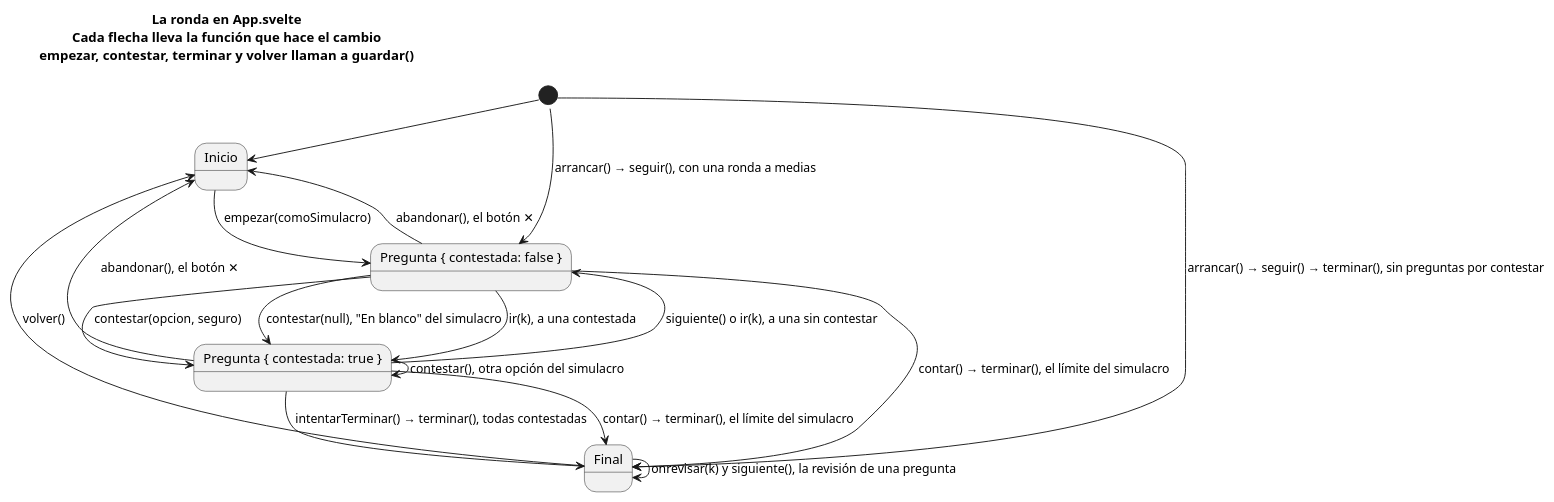
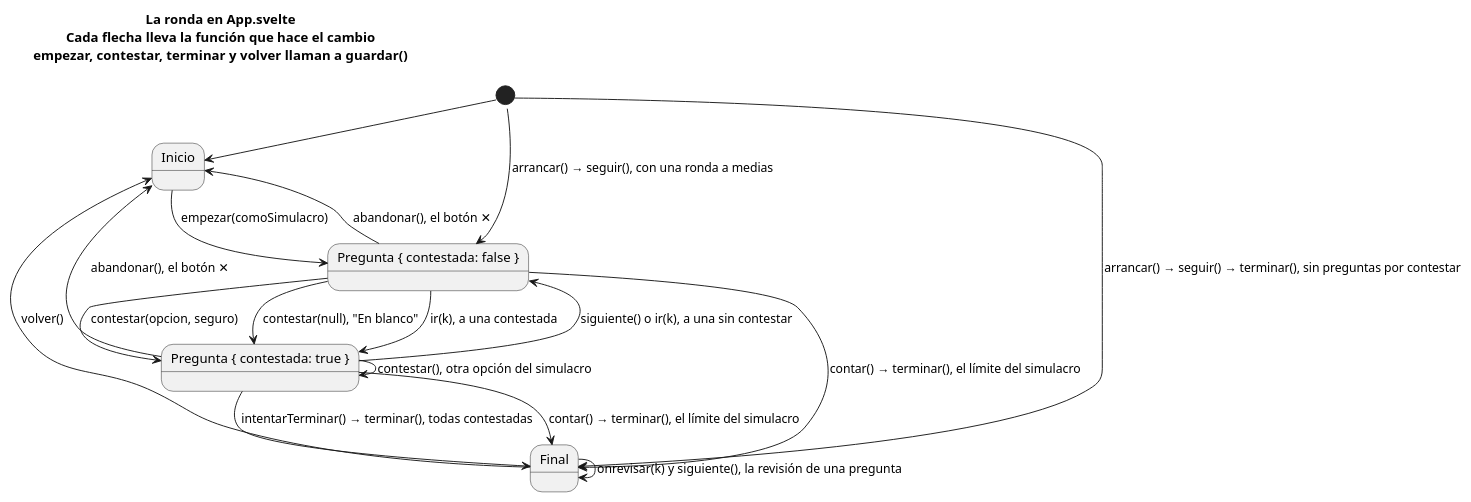
Before and after one commit to jfdg01/examenes: the diagram in docs/diagramas/ronda.puml, drawn with PlantUML. The commit also changed 1 other file, not shown here.

Commit message:
feat: la sesión de test lleva el botón «En blanco», como el simulacro
Un acierto al azar con «dudo» es Hard. «En blanco» da un Again a una pregunta que no sabes.

Claude-Session: https://claude.ai/code/session_01H2CpDfyjitmZvv17wH59U1

```diff
--- a/docs/diagramas/ronda.puml
+++ b/docs/diagramas/ronda.puml
@@ -1,27 +1,27 @@
 @startuml ronda
 !pragma layout smetana
 skinparam shadowing false
 title La ronda en App.svelte\nCada flecha lleva la función que hace el cambio\nempezar, contestar, terminar y volver llaman a guardar()
 
 state Inicio
 state "Pregunta { contestada: false }" as SinContestar
 state "Pregunta { contestada: true }" as Contestada
 state Final
 
 [*] --> Inicio
 [*] --> SinContestar : arrancar() → seguir(), con una ronda a medias
 [*] --> Final : arrancar() → seguir() → terminar(), sin preguntas por contestar
 Inicio --> SinContestar : empezar(comoSimulacro)
 SinContestar --> Contestada : contestar(opcion, seguro)
-SinContestar --> Contestada : contestar(null), "En blanco" del simulacro
+SinContestar --> Contestada : contestar(null), "En blanco"
 Contestada --> Contestada : contestar(), otra opción del simulacro
 Contestada --> SinContestar : siguiente() o ir(k), a una sin contestar
 SinContestar --> Contestada : ir(k), a una contestada
 Contestada --> Final : intentarTerminar() → terminar(), todas contestadas
 SinContestar --> Final : contar() → terminar(), el límite del simulacro
 Contestada --> Final : contar() → terminar(), el límite del simulacro
 SinContestar --> Inicio : abandonar(), el botón ✕
 Contestada --> Inicio : abandonar(), el botón ✕
 Final --> Final : onrevisar(k) y siguiente(), la revisión de una pregunta
 Final --> Inicio : volver()
 @enduml
```
